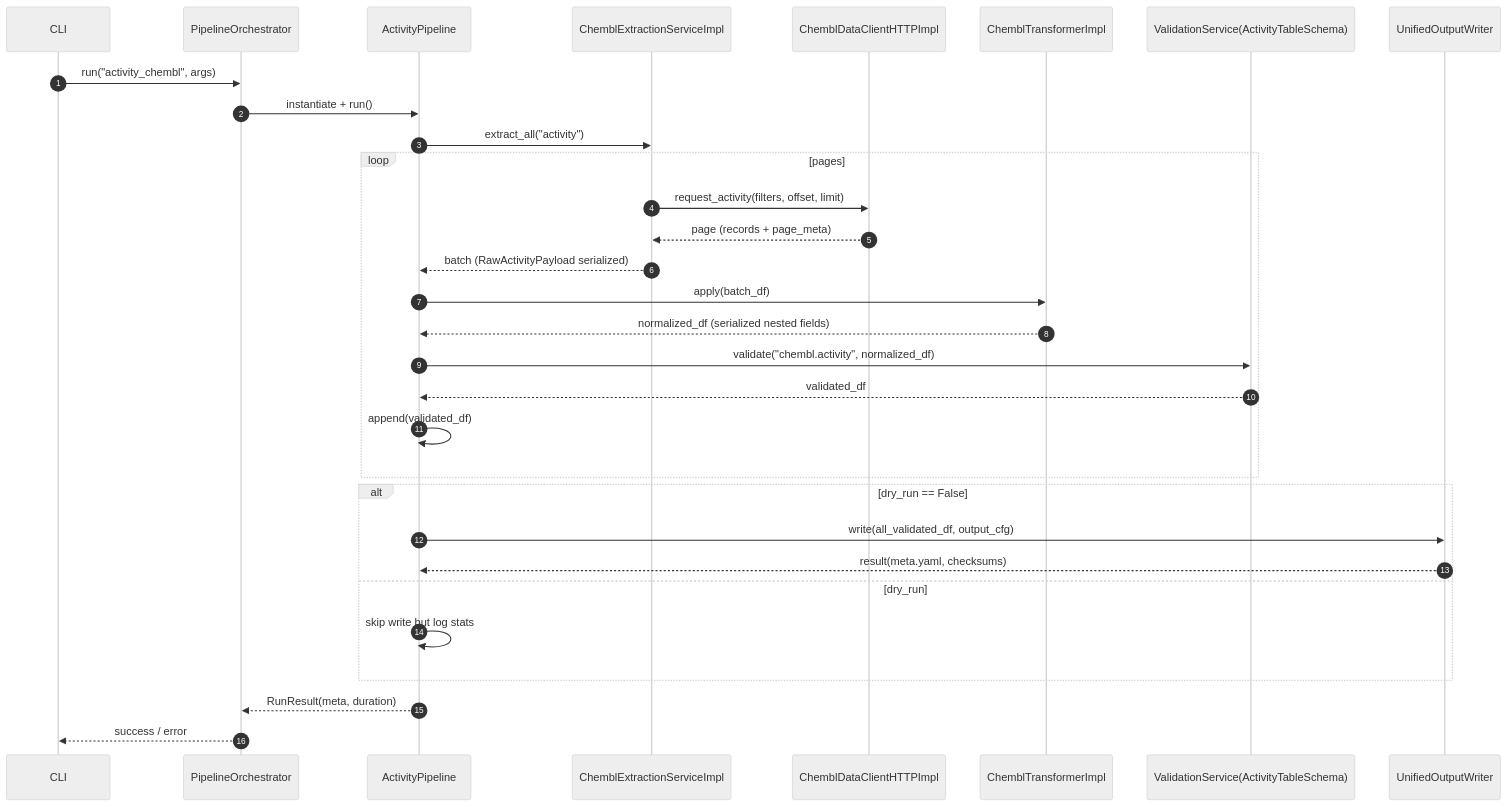
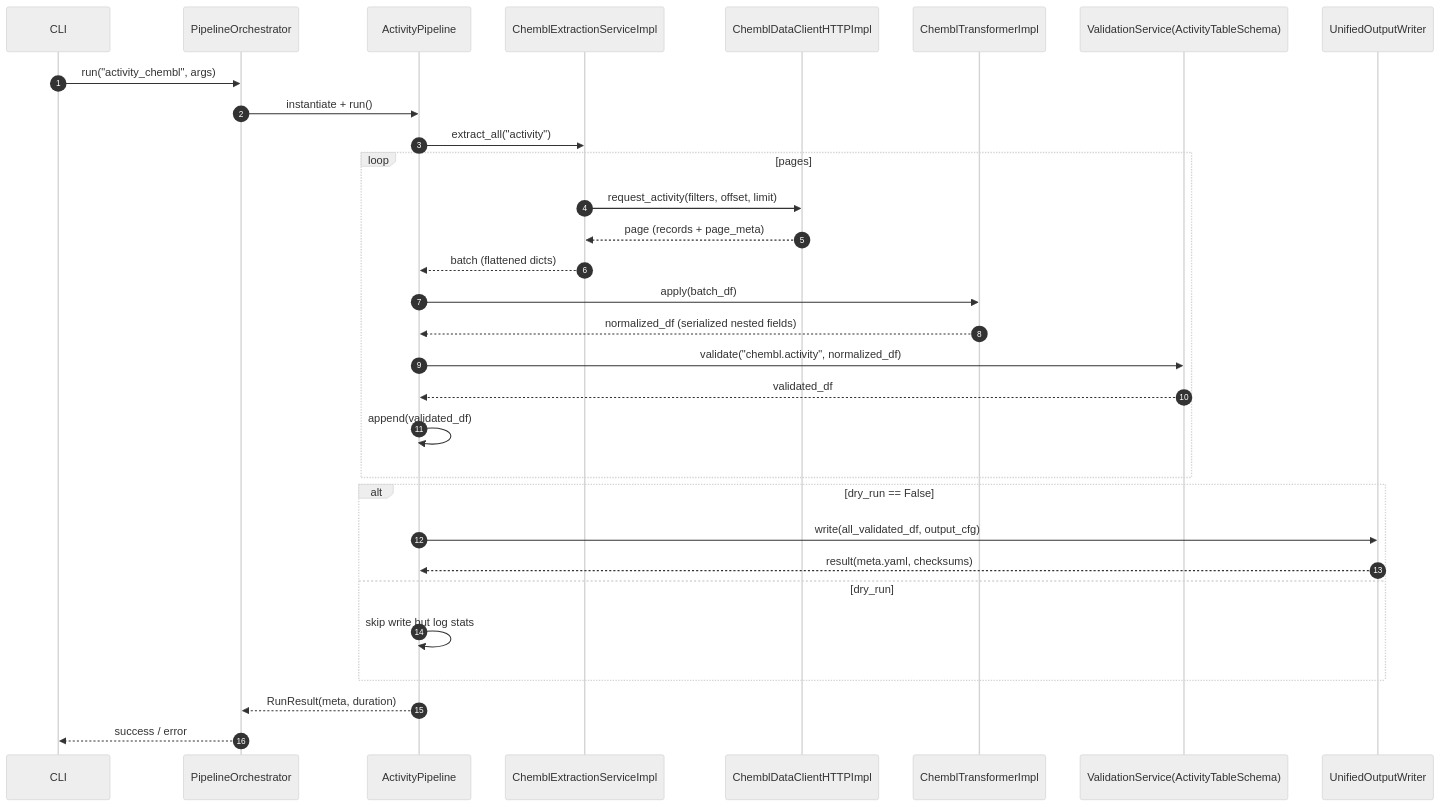
The diagram in docs/application/pipelines/chembl/activity/diagrams/sequence/activity-main-sequence.mmd (SatoryKono/BioactivityDataAcquisition), drawn with Mermaid (neutral theme) before and after one commit. The commit also changed 57 other files, not shown here.

```diff
--- a/docs/application/pipelines/chembl/activity/diagrams/sequence/activity-main-sequence.mmd
+++ b/docs/application/pipelines/chembl/activity/diagrams/sequence/activity-main-sequence.mmd
@@ -1,32 +1,32 @@
 sequenceDiagram
     autonumber
     participant CLI as CLI
     participant Orchestrator as PipelineOrchestrator
     participant Pipeline as ActivityPipeline
     participant Extraction as ChemblExtractionServiceImpl
     participant DataClient as ChemblDataClientHTTPImpl
     participant Transformer as ChemblTransformerImpl
     participant Validator as ValidationService(ActivityTableSchema)
     participant Writer as UnifiedOutputWriter
 
     CLI->>Orchestrator: run("activity_chembl", args)
     Orchestrator->>Pipeline: instantiate + run()
     Pipeline->>Extraction: extract_all("activity")
     loop pages
         Extraction->>DataClient: request_activity(filters, offset, limit)
         DataClient-->>Extraction: page (records + page_meta)
-        Extraction-->>Pipeline: batch (RawActivityPayload serialized)
+        Extraction-->>Pipeline: batch (flattened dicts)
         Pipeline->>Transformer: apply(batch_df)
         Transformer-->>Pipeline: normalized_df (serialized nested fields)
         Pipeline->>Validator: validate("chembl.activity", normalized_df)
         Validator-->>Pipeline: validated_df
         Pipeline->>Pipeline: append(validated_df)
     end
     alt dry_run == False
         Pipeline->>Writer: write(all_validated_df, output_cfg)
         Writer-->>Pipeline: result(meta.yaml, checksums)
     else dry_run
         Pipeline->>Pipeline: skip write but log stats
     end
     Pipeline-->>Orchestrator: RunResult(meta, duration)
     Orchestrator-->>CLI: success / error
```
